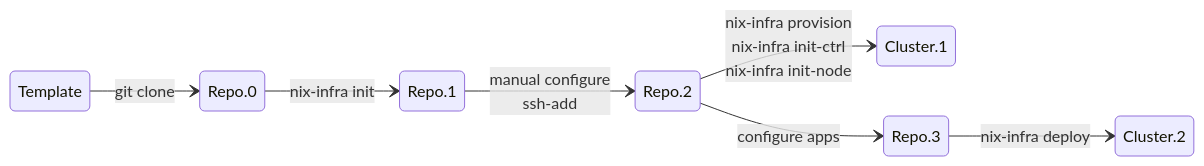
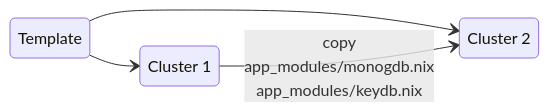
Before and after one commit to jhsware/nix-infra: the second of 8 diagrams in README.md, drawn with Mermaid. The commit also changed other lines of this file, not shown here.

````diff
--- a/README.md
+++ b/README.md
@@ -92,12 +129,10 @@
 ```mermaid
-stateDiagram
+stateDiagram-v2
 direction LR
 
-Template --> Repo.0 : git clone
-Repo.0 --> Repo.1 : nix-infra init
-Repo.1 --> Repo.2 : manual configure<br>ssh-add
-Repo.2 --> Cluster.1 : nix-infra provision<br>nix-infra init-ctrl<br>nix-infra init-node
-Repo.2 --> Repo.3 : configure apps
-Repo.3 --> Cluster.2 : nix-infra deploy
-
+Cluster_1: Cluster 1
+Cluster_2: Cluster 2
+Template --> Cluster_1
+Template --> Cluster_2
+Cluster_1 --> Cluster_2 : copy<br>app_modules/monogdb.nix<br>app_modules/keydb.nix
 ```
````
